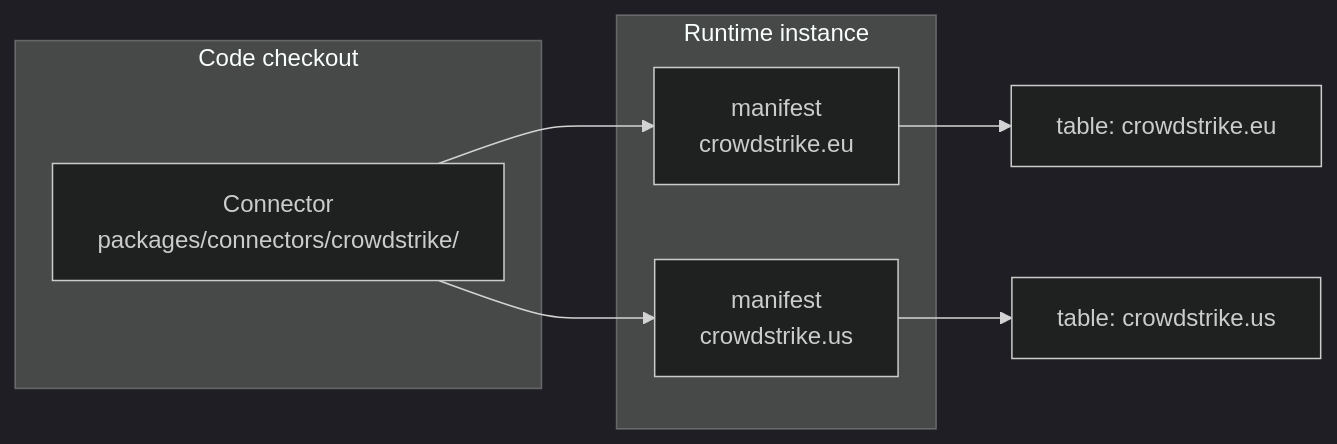
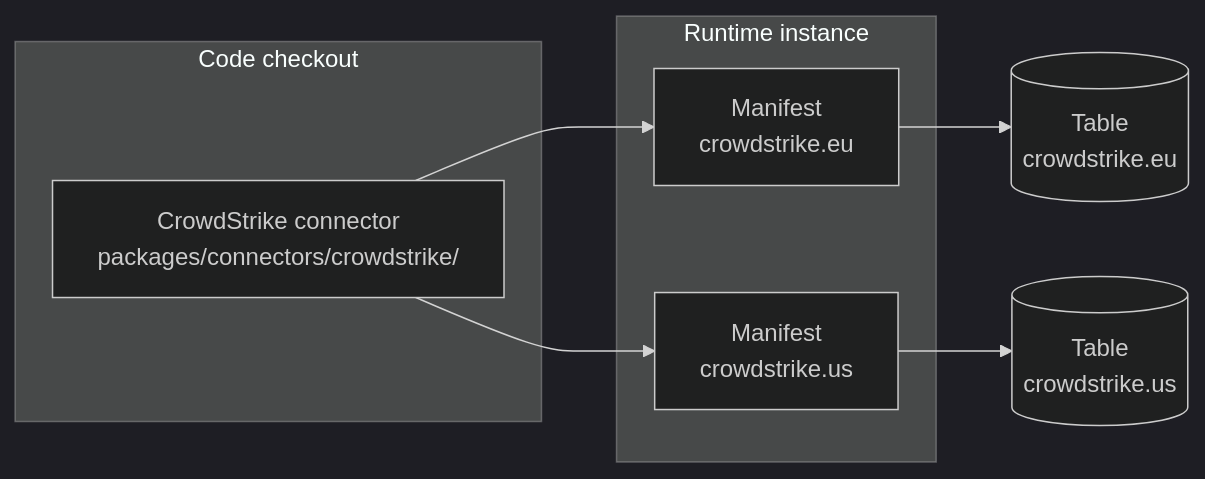
Before and after one commit to corvisau/corvis-sightline-whitepapers: the diagram in docs/prism/architecture/_connector-model.md, drawn with Mermaid (dark theme). The commit also changed other lines of this file and 72 other files, not shown here.

First line of the commit message:
Restyle Prism diagrams, republish Prism and Sightline docs

````diff
--- a/docs/prism/architecture/_connector-model.md
+++ b/docs/prism/architecture/_connector-model.md
@@ -16,14 +16,17 @@
 ```mermaid
 flowchart LR
     subgraph checkout["Code checkout"]
-        C["Connector<br/>packages/connectors/crowdstrike/"]
+        C["CrowdStrike connector<br/>packages/connectors/crowdstrike/"]
     end
     subgraph instance["Runtime instance"]
-        M1["manifest<br/>crowdstrike.eu"]
-        M2["manifest<br/>crowdstrike.us"]
+        M1["Manifest<br/>crowdstrike.eu"]
+        M2["Manifest<br/>crowdstrike.us"]
     end
     C --> M1
     C --> M2
-    M1 --> T1["table: crowdstrike.eu"]
-    M2 --> T2["table: crowdstrike.us"]
+    M1 --> T1[("Table<br/>crowdstrike.eu")]
+    M2 --> T2[("Table<br/>crowdstrike.us")]
+    class C proc
+    class M1,M2 muted
+    class T1,T2 store
 ```
````
